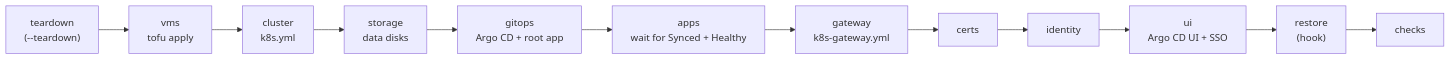
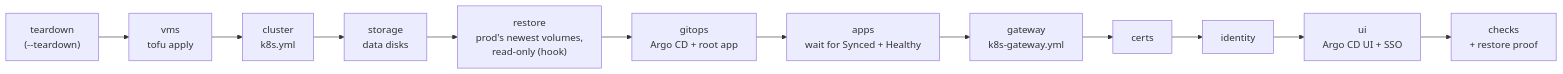
One commit to jonhill90/central-hub changed the first of 2 diagrams in docs/runbooks/rebuild-k8s-layer-with-one-command.md. Above: the diagram before and after it, drawn with Mermaid. The commit also changed other lines of this file and 23 other files, not shown here.

First line of the commit message:
feat: restore a read-only copy of prod's volumes into each dev rebuild

````diff
--- a/docs/runbooks/rebuild-k8s-layer-with-one-command.md
+++ b/docs/runbooks/rebuild-k8s-layer-with-one-command.md
@@ -21,6 +21,6 @@
 ```mermaid
 flowchart LR
   td["teardown<br/>(--teardown)"] --> vms["vms<br/>tofu apply"] --> cl["cluster<br/>k8s.yml"] --> st["storage<br/>data disks"]
-  st --> go["gitops<br/>Argo CD + root app"] --> ap["apps<br/>wait for Synced + Healthy"] --> gw["gateway<br/>k8s-gateway.yml"]
-  gw --> ce["certs"] --> id["identity"] --> ui["ui<br/>Argo CD UI + SSO"] --> re["restore<br/>(hook)"] --> ck["checks"]
+  st --> re["restore<br/>prod's newest volumes,<br/>read-only (hook)"] --> go["gitops<br/>Argo CD + root app"] --> ap["apps<br/>wait for Synced + Healthy"]
+  ap --> gw["gateway<br/>k8s-gateway.yml"] --> ce["certs"] --> id["identity"] --> ui["ui<br/>Argo CD UI + SSO"] --> ck["checks<br/>+ restore proof"]
 ```
````
